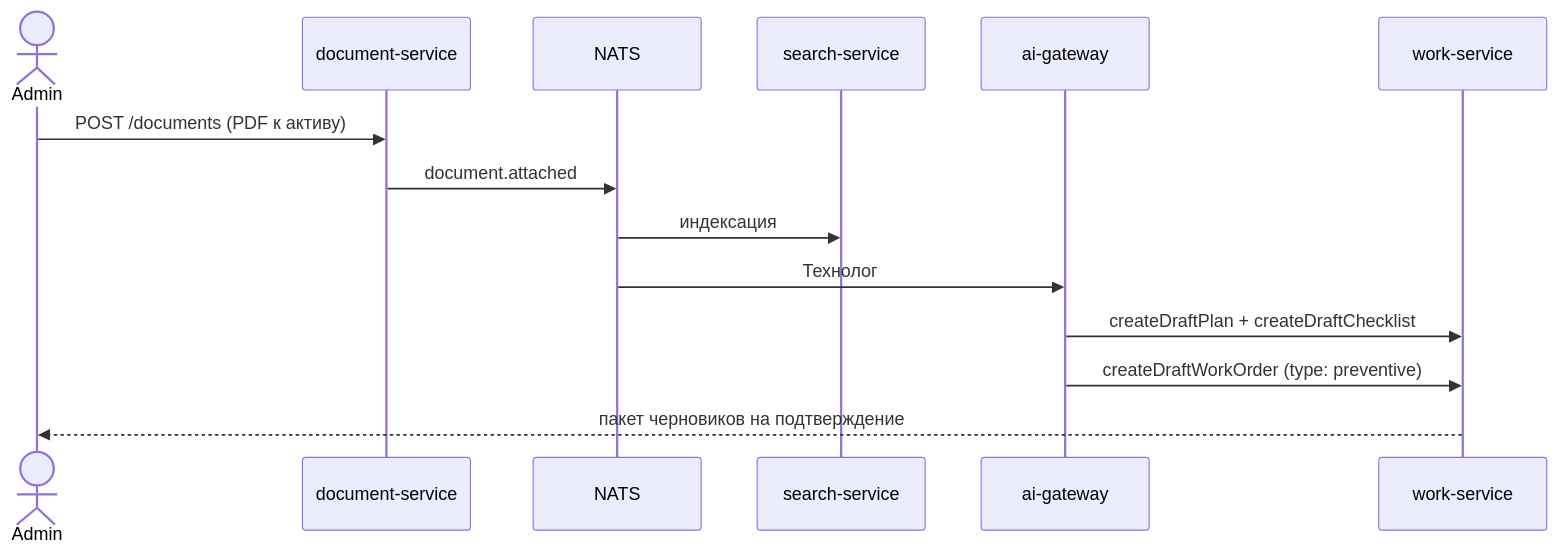
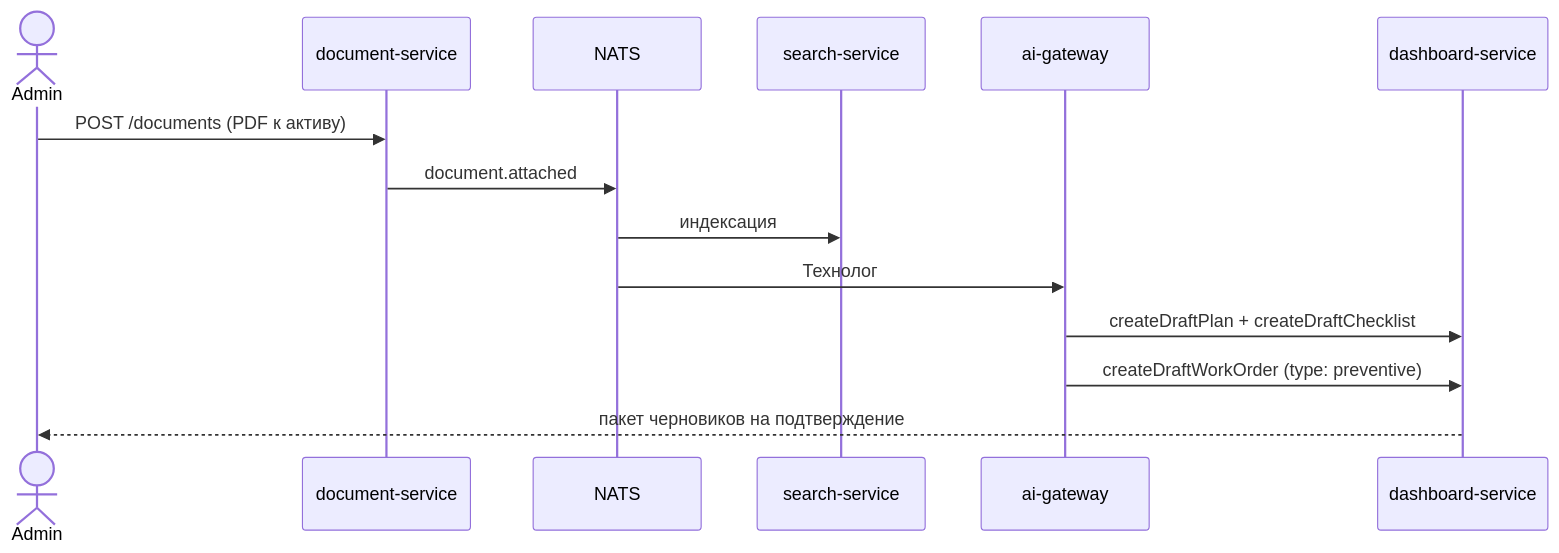
Before and after one commit to masterdoc-app/masterdoc: diagram 12 of 12 in TOIR_AI_SYSTEM_DESIGN.md, drawn with Mermaid. The commit also changed other lines of this file and 1 other file, not shown here.

First line of the commit message:
docs: rename work-service to dashboard-service

````diff
--- a/TOIR_AI_SYSTEM_DESIGN.md
+++ b/TOIR_AI_SYSTEM_DESIGN.md
@@ -1025,17 +1025,17 @@
 ```mermaid
 sequenceDiagram
   actor A as Admin
   participant DOC as document-service
   participant BUS as NATS
   participant SRCH as search-service
   participant AI as ai-gateway
-  participant WRK as work-service
+  participant DSH as dashboard-service
 
   A->>DOC: POST /documents (PDF к активу)
   DOC->>BUS: document.attached
   BUS->>SRCH: индексация
   BUS->>AI: Технолог
-  AI->>WRK: createDraftPlan + createDraftChecklist
-  AI->>WRK: createDraftWorkOrder (type: preventive)
-  WRK-->>A: пакет черновиков на подтверждение
+  AI->>DSH: createDraftPlan + createDraftChecklist
+  AI->>DSH: createDraftWorkOrder (type: preventive)
+  DSH-->>A: пакет черновиков на подтверждение
 ```
````
